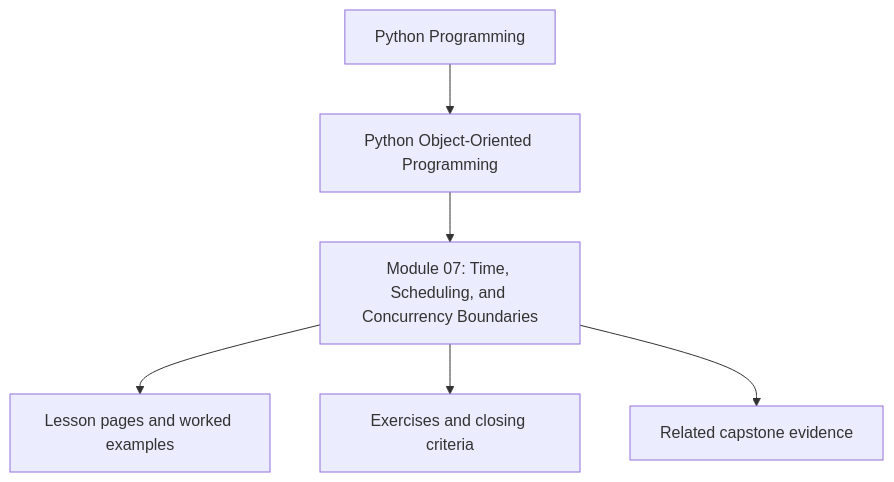
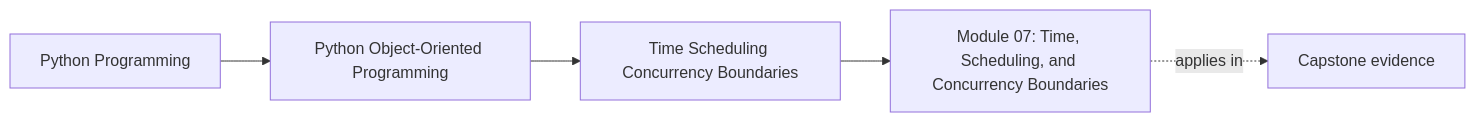
One commit to bijux/bijux-masterclass changed the first of 2 diagrams in programs/python-programming/python-object-oriented-programming/course-book/module-07-time-scheduling-concurrency-boundaries/index.md. Above: the diagram before and after it, drawn with Mermaid. The commit also changed other lines of this file and 103 other files, not shown here.

Commit message:
docs(python-object-oriented-programming): map sustainment and capstone surfaces

````diff
--- a/programs/python-programming/python-object-oriented-programming/course-book/module-07-time-scheduling-concurrency-boundaries/index.md
+++ b/programs/python-programming/python-object-oriented-programming/course-book/module-07-time-scheduling-concurrency-boundaries/index.md
@@ -7,8 +7,11 @@
 ```mermaid
-flowchart TD
-  family["Python Programming"] --> program["Python Object-Oriented Programming"]
-  program --> module["Module 07: Time, Scheduling, and Concurrency Boundaries"]
-  module --> lessons["Lesson pages and worked examples"]
-  module --> checkpoints["Exercises and closing criteria"]
-  module --> capstone["Related capstone evidence"]
+graph LR
+  family["Python Programming"]
+  program["Python Object-Oriented Programming"]
+  section["Time Scheduling Concurrency Boundaries"]
+  page["Module 07: Time, Scheduling, and Concurrency Boundaries"]
+  capstone["Capstone evidence"]
+
+  family --> program --> section --> page
+  page -.applies in.-> capstone
 ```
````
